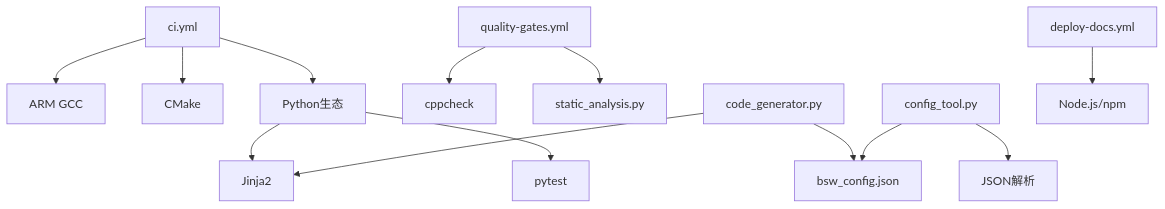
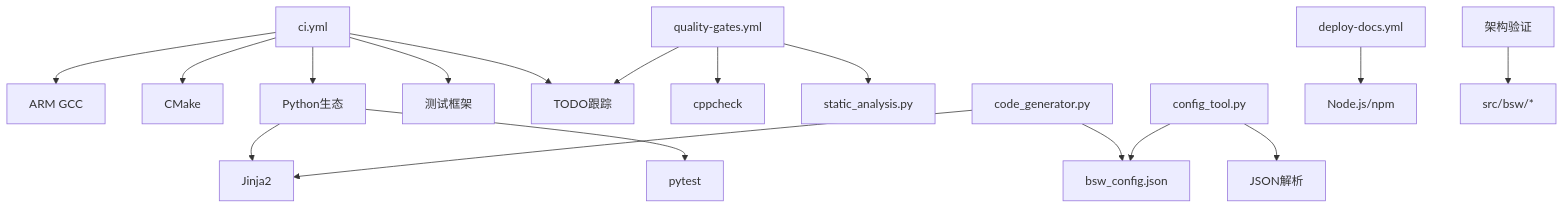
The ninth of 9 diagrams in .qoder/repowiki/zh/content/开发指南/开发流程/开发工作流自动化.md (frisky1985/yuleASR), drawn with Mermaid before and after one commit. The commit also changed other lines of this file and 12 other files, not shown here.

````diff
--- a/.qoder/repowiki/zh/content/开发指南/开发流程/开发工作流自动化.md
+++ b/.qoder/repowiki/zh/content/开发指南/开发流程/开发工作流自动化.md
@@ -328,15 +432,19 @@
 ```mermaid
 graph TB
 CI["ci.yml"] --> GCC["ARM GCC"]
 CI --> CMake["CMake"]
 CI --> Py["Python生态"]
+CI --> Test["测试框架"]
+CI --> TODO["TODO跟踪"]
 Py --> Jinja["Jinja2"]
 Py --> PyTest["pytest"]
 QG["quality-gates.yml"] --> Cpp["cppcheck"]
 QG --> SA["static_analysis.py"]
+QG --> TODO
 GEN["code_generator.py"] --> Jinja
 GEN --> CFG["bsw_config.json"]
 CFGT["config_tool.py"] --> JSON["JSON解析"]
 CFGT --> CFG
 DOCS["deploy-docs.yml"] --> Node["Node.js/npm"]
+ARCH["架构验证"] --> SRC["src/bsw/*"]
 ```
````
